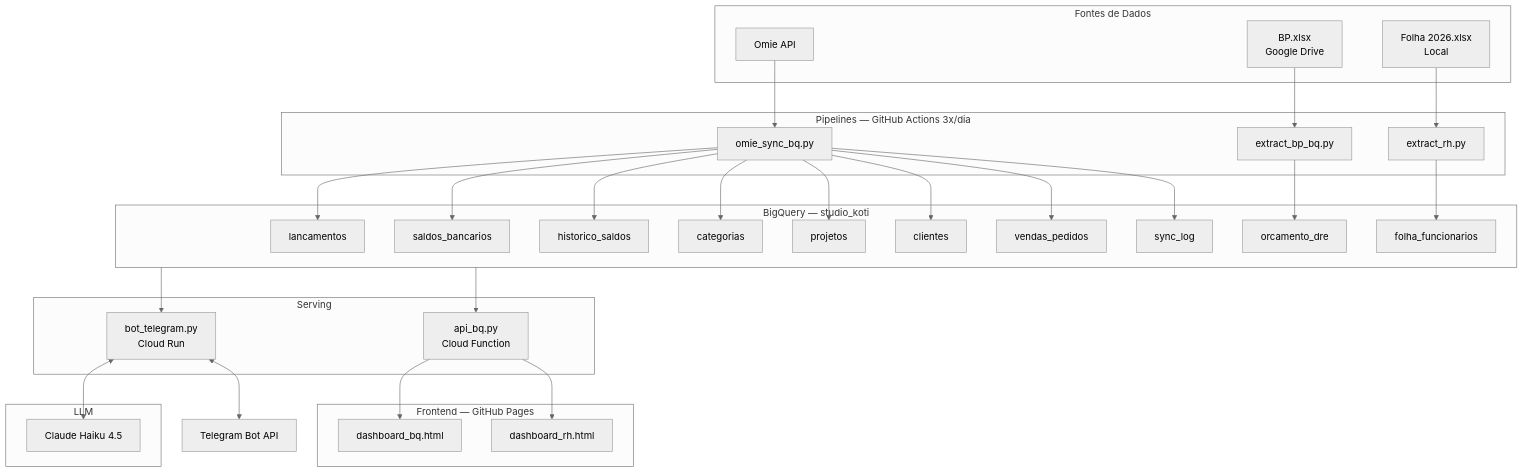
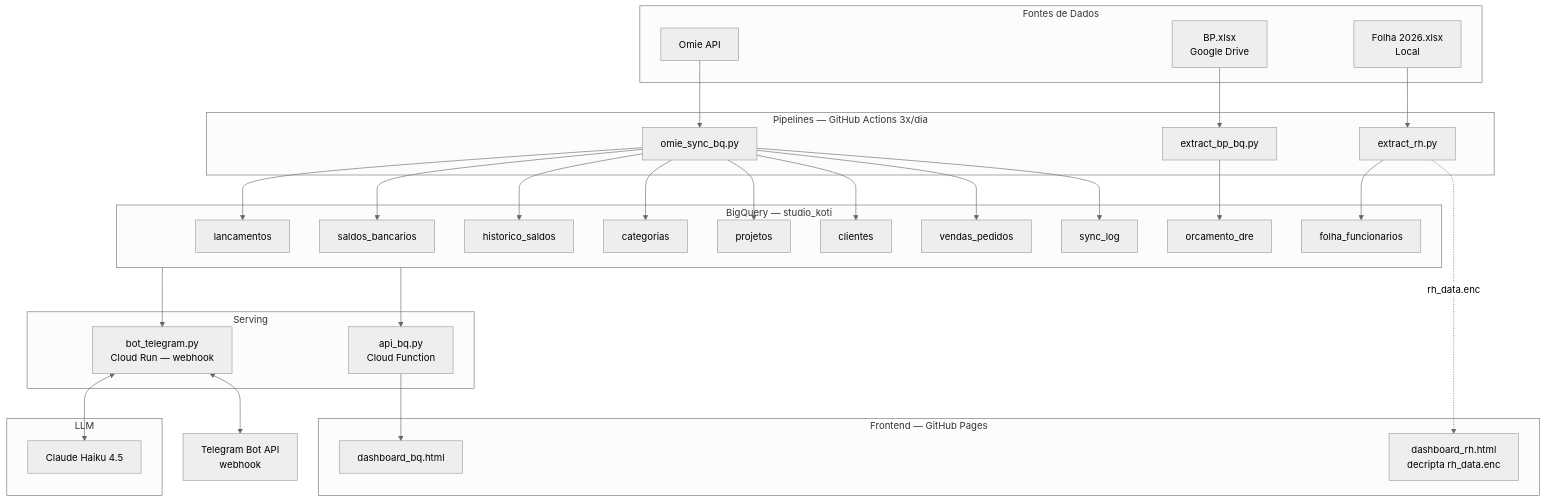
One commit to akliot/dashboard-koti changed the diagram in ARCHITECTURE.md. Above: the diagram before and after it, drawn with Mermaid (neutral theme). The commit also changed other lines of this file and 2 other files, not shown here.

````diff
--- a/ARCHITECTURE.md
+++ b/ARCHITECTURE.md
@@ -5,60 +5,60 @@
 ```mermaid
 flowchart TB
     subgraph Fontes["Fontes de Dados"]
         OMIE[Omie API]
         BP[BP.xlsx<br/>Google Drive]
         FOLHA[Folha 2026.xlsx<br/>Local]
     end
 
     subgraph Pipelines["Pipelines — GitHub Actions 3x/dia"]
         SYNC[omie_sync_bq.py]
         EBP[extract_bp_bq.py]
         ERH[extract_rh.py]
     end
 
     subgraph BQ["BigQuery — studio_koti"]
         LANC[lancamentos]
         SALDOS[saldos_bancarios]
         HIST[historico_saldos]
         CAT[categorias]
         PROJ[projetos]
         CLI[clientes]
         VENDAS[vendas_pedidos]
         SLOG[sync_log]
         ORC[orcamento_dre]
         FOLHA_BQ[folha_funcionarios]
     end
 
     subgraph Serving["Serving"]
         API[api_bq.py<br/>Cloud Function]
-        BOT[bot_telegram.py<br/>Cloud Run]
+        BOT[bot_telegram.py<br/>Cloud Run — webhook]
     end
 
     subgraph Frontend["Frontend — GitHub Pages"]
         DASH[dashboard_bq.html]
-        RH[dashboard_rh.html]
+        RH[dashboard_rh.html<br/>decripta rh_data.enc]
     end
 
     subgraph AI["LLM"]
         HAIKU[Claude Haiku 4.5]
     end
 
-    TELEGRAM[Telegram Bot API]
+    TELEGRAM[Telegram Bot API<br/>webhook]
 
     OMIE --> SYNC
     BP --> EBP
     FOLHA --> ERH
 
     SYNC --> LANC & SALDOS & HIST & CAT & PROJ & CLI & VENDAS & SLOG
     EBP --> ORC
     ERH --> FOLHA_BQ
 
     BQ --> API
     BQ --> BOT
 
     API --> DASH
-    API --> RH
+    ERH -.->|rh_data.enc| RH
 
     BOT <--> HAIKU
     BOT <--> TELEGRAM
 ```
````
